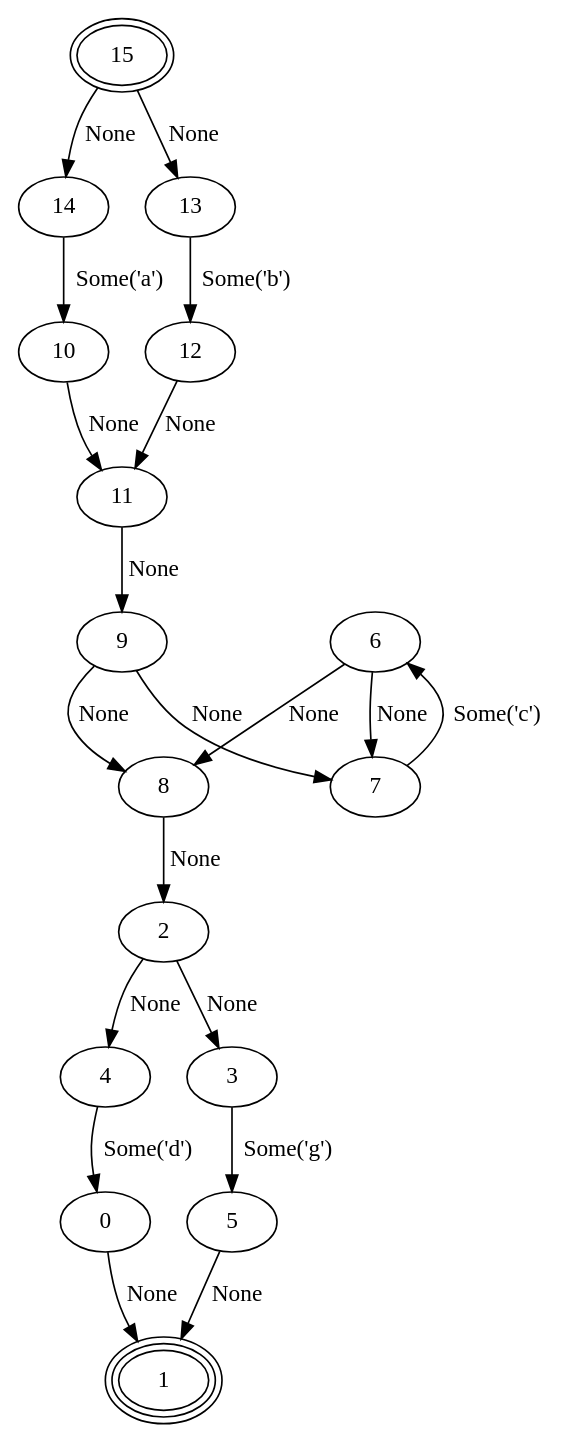
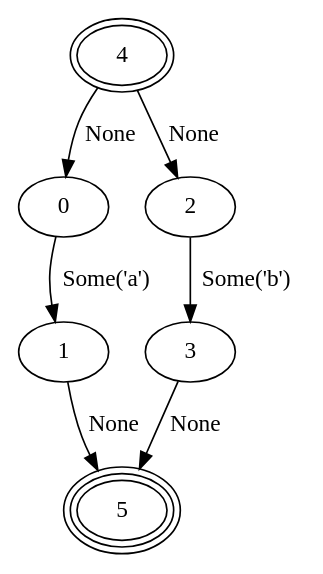
Before and after one commit to pskrgag/rregex: the diagram in out.dot, drawn with Graphviz. The commit also changed 3 other files, not shown here.

```diff
--- a/out.dot
+++ b/out.dot
@@ -1,23 +1,10 @@
 digraph G {
-1 [peripheries=3];
-15 [peripheries=2];
-4 -> 0 [ label="Some('d')" ];
-0 -> 1 [ label="None" ];
-2 -> 3 [ label="None" ];
-2 -> 4 [ label="None" ];
-8 -> 2 [ label="None" ];
-7 -> 6 [ label="Some('c')" ];
-10 -> 11 [ label="None" ];
-9 -> 7 [ label="None" ];
-9 -> 8 [ label="None" ];
-3 -> 5 [ label="Some('g')" ];
-13 -> 12 [ label="Some('b')" ];
-15 -> 13 [ label="None" ];
-15 -> 14 [ label="None" ];
-14 -> 10 [ label="Some('a')" ];
-5 -> 1 [ label="None" ];
-6 -> 7 [ label="None" ];
-6 -> 8 [ label="None" ];
-11 -> 9 [ label="None" ];
-12 -> 11 [ label="None" ];
+5 [peripheries=3];
+4 [peripheries=2];
+1 -> 5 [ label="None" ];
+3 -> 5 [ label="None" ];
+0 -> 1 [ label="Some('a')" ];
+4 -> 0 [ label="None" ];
+4 -> 2 [ label="None" ];
+2 -> 3 [ label="Some('b')" ];
 }
```
